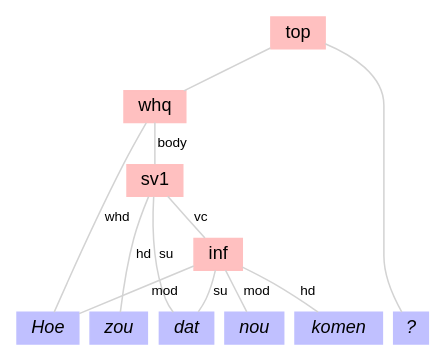
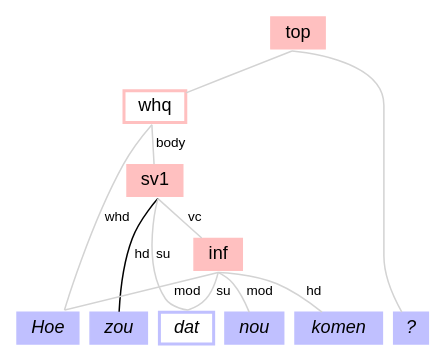
One commit to rug-compling/alpinograph changed the diagram in tmp/tree1.dot. Above: the diagram before and after it, drawn with Graphviz. The commit also changed 13 other files, not shown here.

```diff
--- a/tmp/tree1.dot
+++ b/tmp/tree1.dot
@@ -1,38 +1,38 @@
 strict graph gr {
 
     ranksep=".25 equally"
     nodesep=.05
     ordering=out
 
     node [shape=box, height=0, width=0, style=filled, fontsize=12, color="#ffc0c0", fontname="Helvetica"];
 
     n0 [label="top"];
-    n1 [label="whq"];
+    n1 [label="whq", style=bold];
     n3 [label="sv1"];
     n6 [label="inf"];
 
     node [fontname="Helvetica-Oblique", shape=box, color="#c0c0ff", style=filled];
 
     t2 [label="Hoe"];
     t4 [label="zou"];
-    t5 [label="dat"];
+    t5 [label="dat", style=bold];
     t9 [label="nou"];
     t10 [label="komen"];
     t11 [label="?"];
 
     {rank=same; edge[style=invis]; t2 -- t4 -- t5 -- t9 -- t10 -- t11 }
 
-    edge [color="#d3d3d3", fontname="Helvetica", fontsize=9];
+    edge [sametail=true, samehead=true, color="#d3d3d3", fontname="Helvetica", fontsize=9];
 
     n0 -- n1;
     n0 -- t11;
     n1 -- t2 [label="whd"];
     n1 -- n3 [label="body"];
-    n3 -- t4 [label="hd"];
+    n3 -- t4 [label="hd", color="#000000"];
     n3 -- t5 [label="su"];
     n3 -- n6 [label="vc"];
     n6 -- t2 [label="mod"];
     n6 -- t5 [label="su"];
     n6 -- t9 [label="mod"];
     n6 -- t10 [label="hd"];
 }
```
